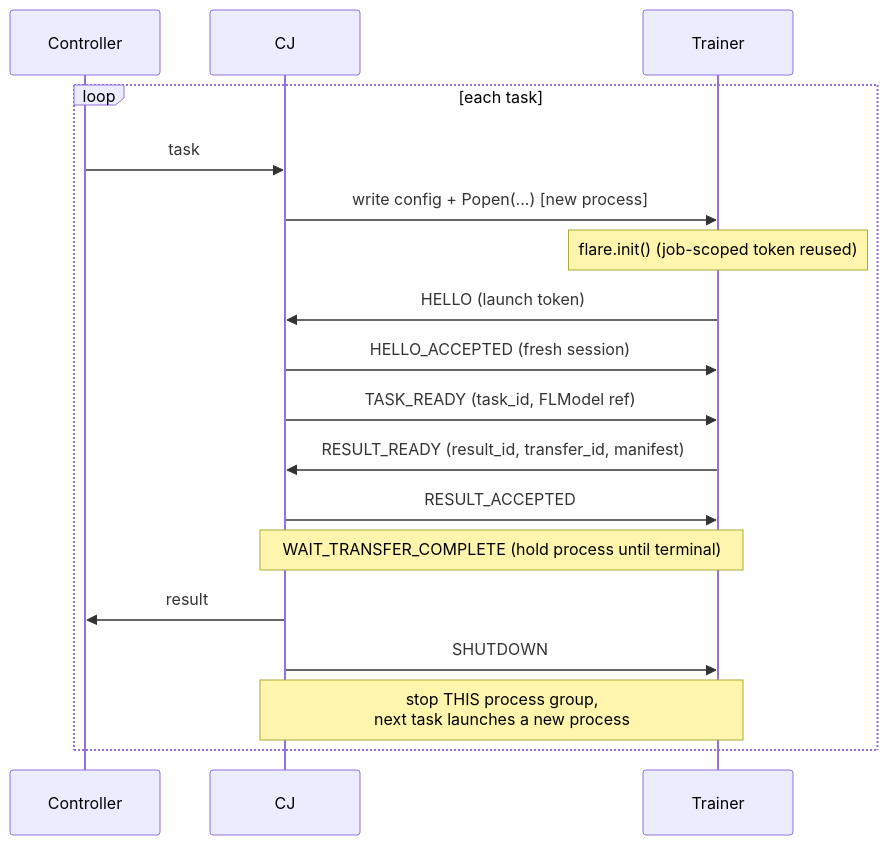
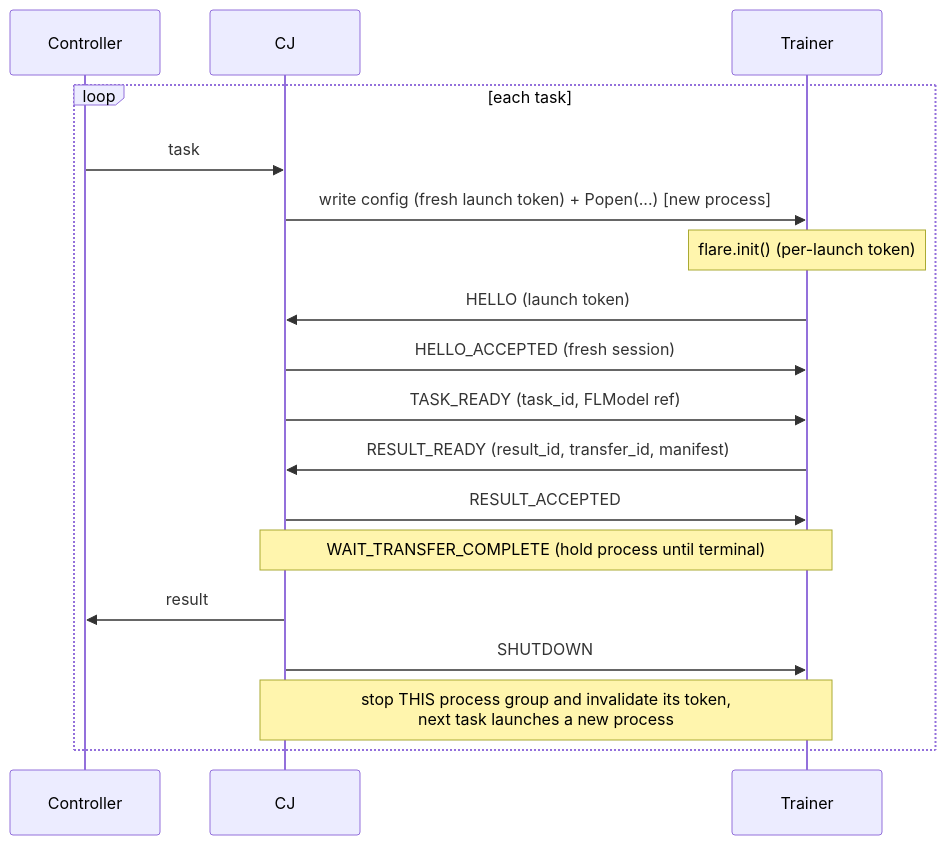
Before and after one commit to NVIDIA/NVFlare: the third of 4 diagrams in docs/design/client_api_execution_modes.md, drawn with Mermaid. The commit also changed other lines of this file and 14 other files, not shown here.

````diff
--- a/docs/design/client_api_execution_modes.md
+++ b/docs/design/client_api_execution_modes.md
@@ -246,20 +253,20 @@
 ```mermaid
 sequenceDiagram
     participant C as Controller
     participant E as CJ
     participant T as Trainer
     loop each task
         C->>E: task
-        E->>T: write config + Popen(...) [new process]
-        Note over T: flare.init() (job-scoped token reused)
+        E->>T: write config (fresh launch token) + Popen(...) [new process]
+        Note over T: flare.init() (per-launch token)
         T->>E: HELLO (launch token)
         E->>T: HELLO_ACCEPTED (fresh session)
         E->>T: TASK_READY (task_id, FLModel ref)
         T->>E: RESULT_READY (result_id, transfer_id, manifest)
         E->>T: RESULT_ACCEPTED
         Note over E,T: WAIT_TRANSFER_COMPLETE (hold process until terminal)
         E->>C: result
         E->>T: SHUTDOWN
-        Note over E,T: stop THIS process group,<br/>next task launches a new process
+        Note over E,T: stop THIS process group and invalidate its token,<br/>next task launches a new process
     end
 ```
````
